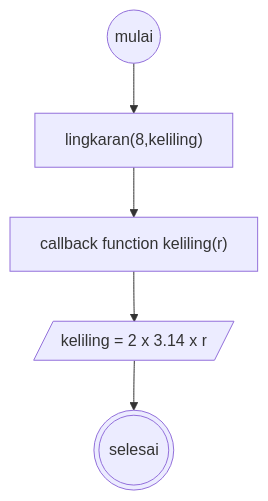
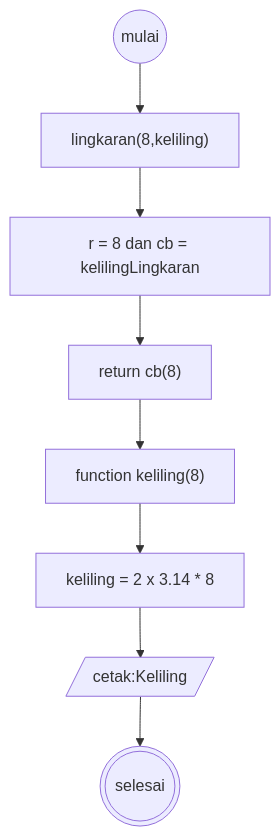
One commit to asasonda/koda-b1-javascript2 changed the second of 2 diagrams in koda-b1-minitask4.md. Above: the diagram before and after it, drawn with Mermaid. The commit also changed other lines of this file, not shown here.

````diff
--- a/koda-b1-minitask4.md
+++ b/koda-b1-minitask4.md
@@ -15,7 +19,11 @@
 ```mermaid
 flowchart TD
-    start((mulai)) --> luas["lingkaran(8,keliling)"]
-    luas --> menuju[" callback function keliling(r)"]
-    menuju --> cetak[/keliling = 2 x 3.14 x r/]
+    start((mulai)) --> keliling["lingkaran(8,keliling)"]
+    keliling --> utama[r = 8 dan cb = kelilingLingkaran]
+    utama --> return["return cb(8)"]
+    return --> menuju["function keliling(8)"]
+    menuju --> rumus[keliling = 2 x 3.14 * 8]
+    rumus --> cetak[/cetak:Keliling/]
+
     cetak --> selesai(((selesai)))
 ```
````
